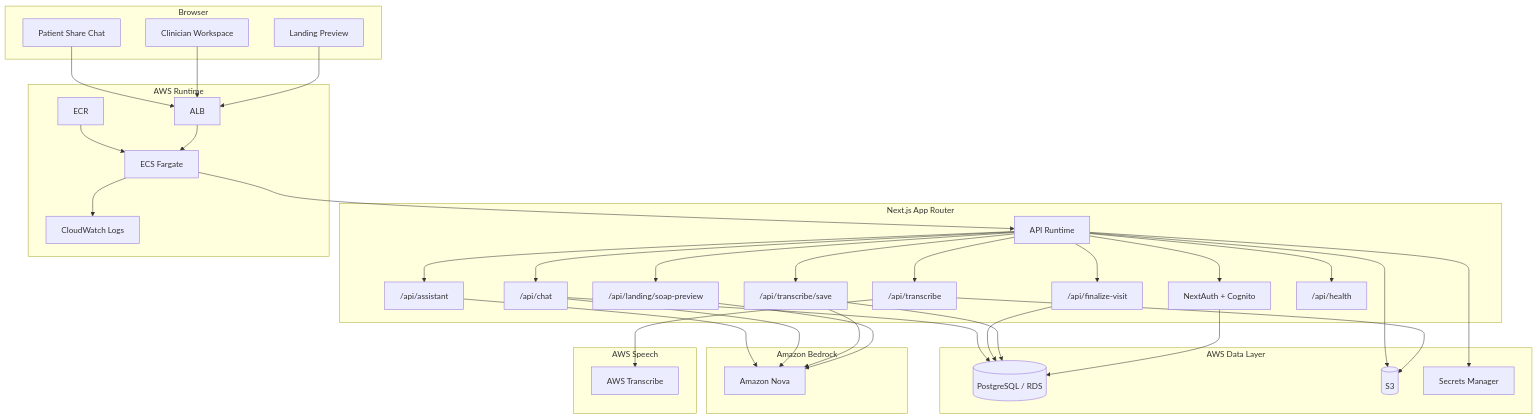
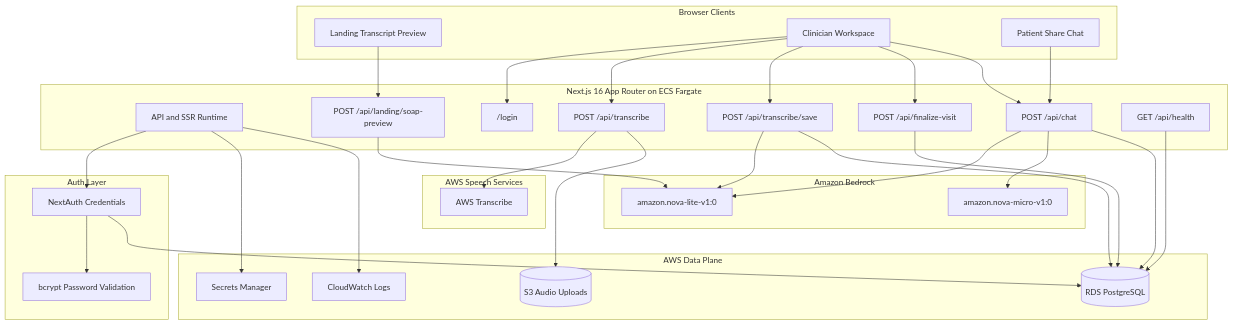
The first of 8 diagrams in AWS_AMAZON_NOVA_INTEGRATION_DEEP_DIVE.md (Manoj7ar/Synth-Hackathon), drawn with Mermaid before and after one commit. The commit also changed other lines of this file and 18 other files, not shown here.

Commit message:
Remove Cognito auth and expand Nova deep dive

````diff
--- a/AWS_AMAZON_NOVA_INTEGRATION_DEEP_DIVE.md
+++ b/AWS_AMAZON_NOVA_INTEGRATION_DEEP_DIVE.md
@@ -65,74 +73,67 @@
 ```mermaid
 flowchart TB
-  subgraph Browser[Browser]
-    LANDING[Landing Preview]
+  subgraph Browser[Browser Clients]
+    LANDING[Landing Transcript Preview]
     CLINICIAN[Clinician Workspace]
     PATIENT[Patient Share Chat]
   end
 
-  subgraph APP[Next.js App Router]
-    APP_RUNTIME[API Runtime]
-    AUTH[NextAuth + Cognito]
-    PREVIEW["/api/landing/soap-preview"]
-    TRANSCRIBE["/api/transcribe"]
-    SAVE["/api/transcribe/save"]
-    CHAT["/api/chat"]
-    ASSIST["/api/assistant"]
-    FINALIZE["/api/finalize-visit"]
-    HEALTH["/api/health"]
+  subgraph App[Next.js 16 App Router on ECS Fargate]
+    APP_RUNTIME[API and SSR Runtime]
+    LOGIN["/login"]
+    PREVIEW["POST /api/landing/soap-preview"]
+    TRANSCRIBE["POST /api/transcribe"]
+    SAVE["POST /api/transcribe/save"]
+    FINALIZE["POST /api/finalize-visit"]
+    CHAT["POST /api/chat"]
+    HEALTH["GET /api/health"]
+  end
+
+  subgraph Auth[Auth Layer]
+    NEXTAUTH[NextAuth Credentials]
+    BCRYPT[bcrypt Password Validation]
   end
 
   subgraph AI[Amazon Bedrock]
-    NOVA[Amazon Nova]
+    NOVA_LITE[amazon.nova-lite-v1:0]
+    NOVA_MICRO[amazon.nova-micro-v1:0]
   end
 
-  subgraph SPEECH[AWS Speech]
+  subgraph Speech[AWS Speech Services]
     TRANSCRIBE_SVC[AWS Transcribe]
   end
 
-  subgraph DATA[AWS Data Layer]
-    RDS[(PostgreSQL / RDS)]
-    S3[(S3)]
+  subgraph Storage[AWS Data Plane]
+    RDS[(RDS PostgreSQL)]
+    S3[(S3 Audio Uploads)]
     SECRETS[Secrets Manager]
-  end
-
-  subgraph RUNTIME[AWS Runtime]
-    ALB[ALB]
-    ECS[ECS Fargate]
-    ECR[ECR]
     CW[CloudWatch Logs]
   end
 
-  LANDING --> ALB
-  CLINICIAN --> ALB
-  PATIENT --> ALB
-  ALB --> ECS
-  ECS --> APP_RUNTIME
+  LANDING --> PREVIEW
+  CLINICIAN --> LOGIN
+  CLINICIAN --> TRANSCRIBE
+  CLINICIAN --> SAVE
+  CLINICIAN --> FINALIZE
+  CLINICIAN --> CHAT
+  PATIENT --> CHAT
 
-  APP_RUNTIME --> AUTH
-  APP_RUNTIME --> PREVIEW
-  APP_RUNTIME --> TRANSCRIBE
-  APP_RUNTIME --> SAVE
-  APP_RUNTIME --> CHAT
-  APP_RUNTIME --> ASSIST
-  APP_RUNTIME --> FINALIZE
-  APP_RUNTIME --> HEALTH
+  APP_RUNTIME --> NEXTAUTH
+  NEXTAUTH --> BCRYPT
+  NEXTAUTH --> RDS
 
-  PREVIEW --> NOVA
-  SAVE --> NOVA
-  CHAT --> NOVA
-  ASSIST --> NOVA
+  PREVIEW --> NOVA_LITE
+  SAVE --> NOVA_LITE
+  CHAT --> NOVA_LITE
+  CHAT --> NOVA_MICRO
+  TRANSCRIBE --> TRANSCRIBE_SVC
+  TRANSCRIBE --> S3
 
-  TRANSCRIBE --> S3
-  TRANSCRIBE --> TRANSCRIBE_SVC
-
-  AUTH --> RDS
   SAVE --> RDS
   FINALIZE --> RDS
   CHAT --> RDS
+  HEALTH --> RDS
 
   APP_RUNTIME --> SECRETS
-  APP_RUNTIME --> S3
-  ECS --> CW
-  ECR --> ECS
+  APP_RUNTIME --> CW
 ```
````
